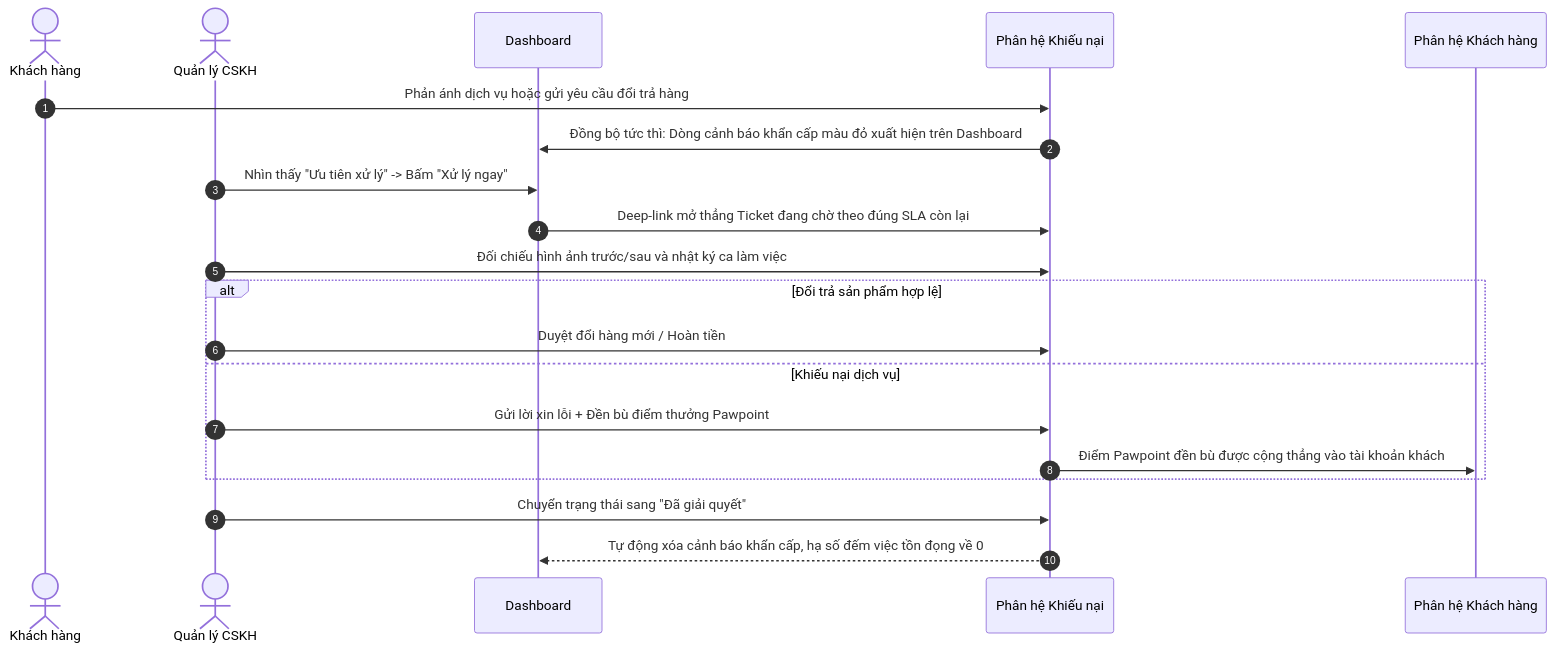
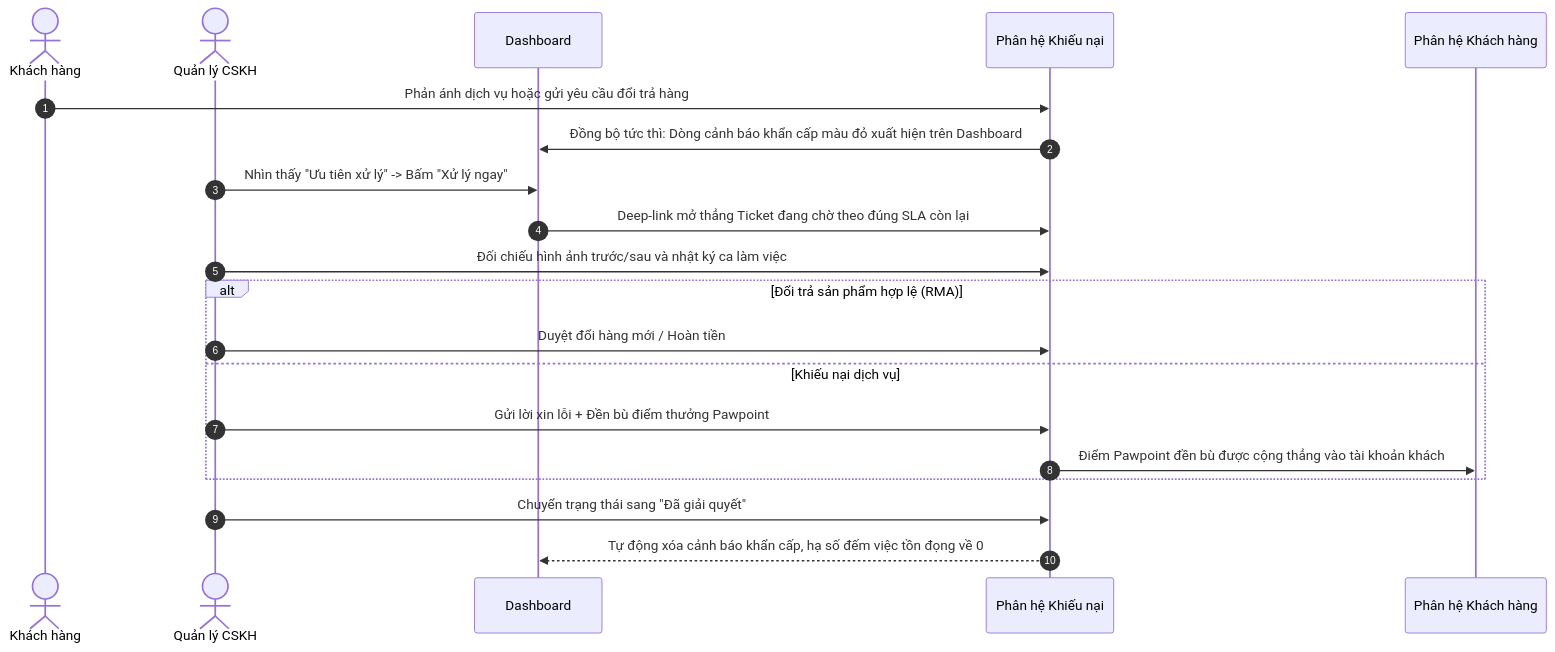
The fourth of 7 diagrams in HUONG_DAN_LUONG_NGHIEP_VU_PAWPAL.md (lleewyn/Pawpal), drawn with Mermaid before and after one commit. The commit also changed other lines of this file and 26 other files, not shown here.

````diff
--- a/HUONG_DAN_LUONG_NGHIEP_VU_PAWPAL.md
+++ b/HUONG_DAN_LUONG_NGHIEP_VU_PAWPAL.md
@@ -130,23 +150,23 @@
 ```mermaid
 sequenceDiagram
     autonumber
     actor Khach as Khách hàng
     actor Admin as Quản lý CSKH
     participant DB as Dashboard
     participant Comp as Phân hệ Khiếu nại
     participant Cust as Phân hệ Khách hàng
 
     Khach->>Comp: Phản ánh dịch vụ hoặc gửi yêu cầu đổi trả hàng
     Comp->>DB: Đồng bộ tức thì: Dòng cảnh báo khẩn cấp màu đỏ xuất hiện trên Dashboard
     Admin->>DB: Nhìn thấy "Ưu tiên xử lý" -> Bấm "Xử lý ngay"
     DB->>Comp: Deep-link mở thẳng Ticket đang chờ theo đúng SLA còn lại
     Admin->>Comp: Đối chiếu hình ảnh trước/sau và nhật ký ca làm việc
-    alt Đổi trả sản phẩm hợp lệ
+    alt Đổi trả sản phẩm hợp lệ (RMA)
         Admin->>Comp: Duyệt đổi hàng mới / Hoàn tiền
     else Khiếu nại dịch vụ
         Admin->>Comp: Gửi lời xin lỗi + Đền bù điểm thưởng Pawpoint
         Comp->>Cust: Điểm Pawpoint đền bù được cộng thẳng vào tài khoản khách
     end
     Admin->>Comp: Chuyển trạng thái sang "Đã giải quyết"
     Comp-->>DB: Tự động xóa cảnh báo khẩn cấp, hạ số đếm việc tồn đọng về 0
 ```
````
